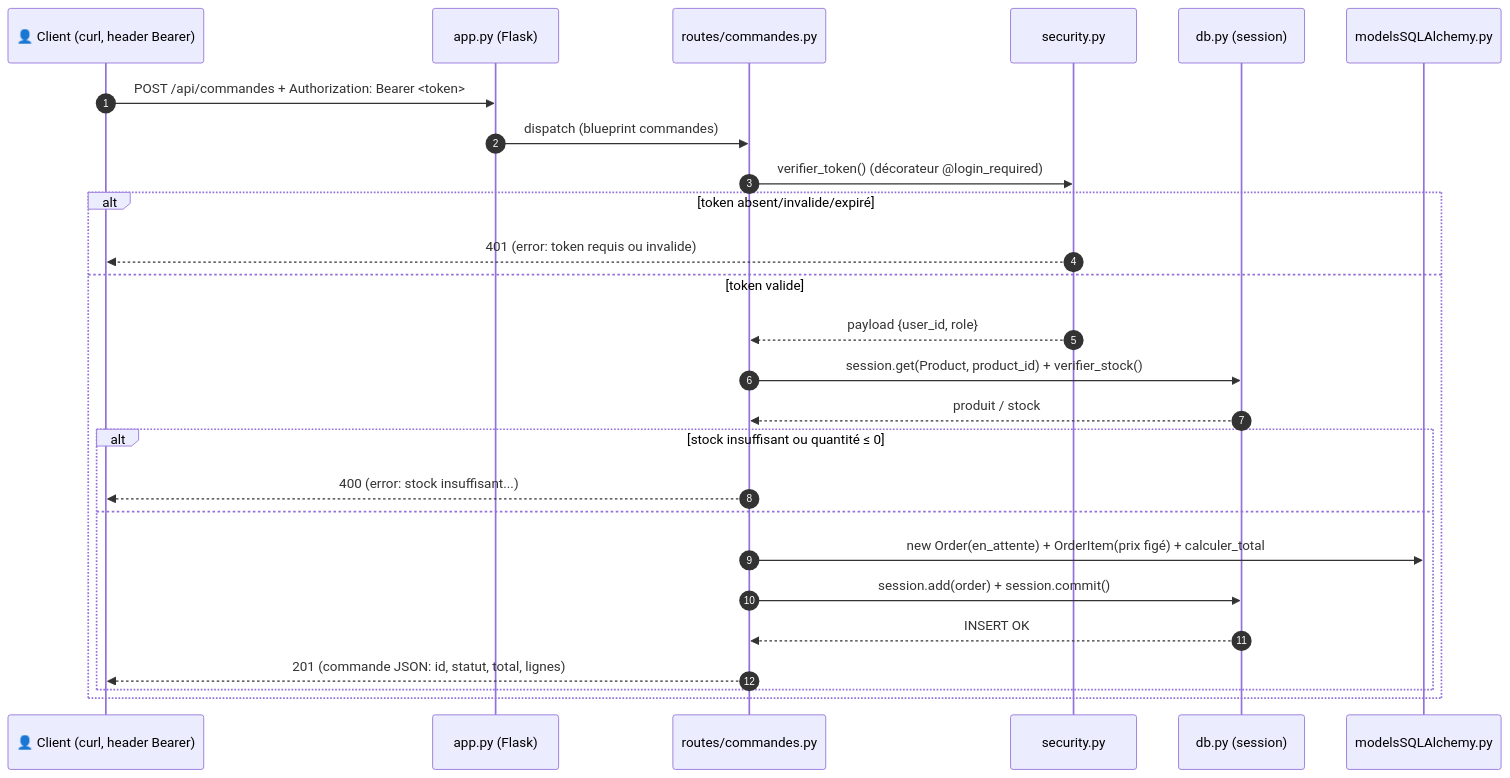
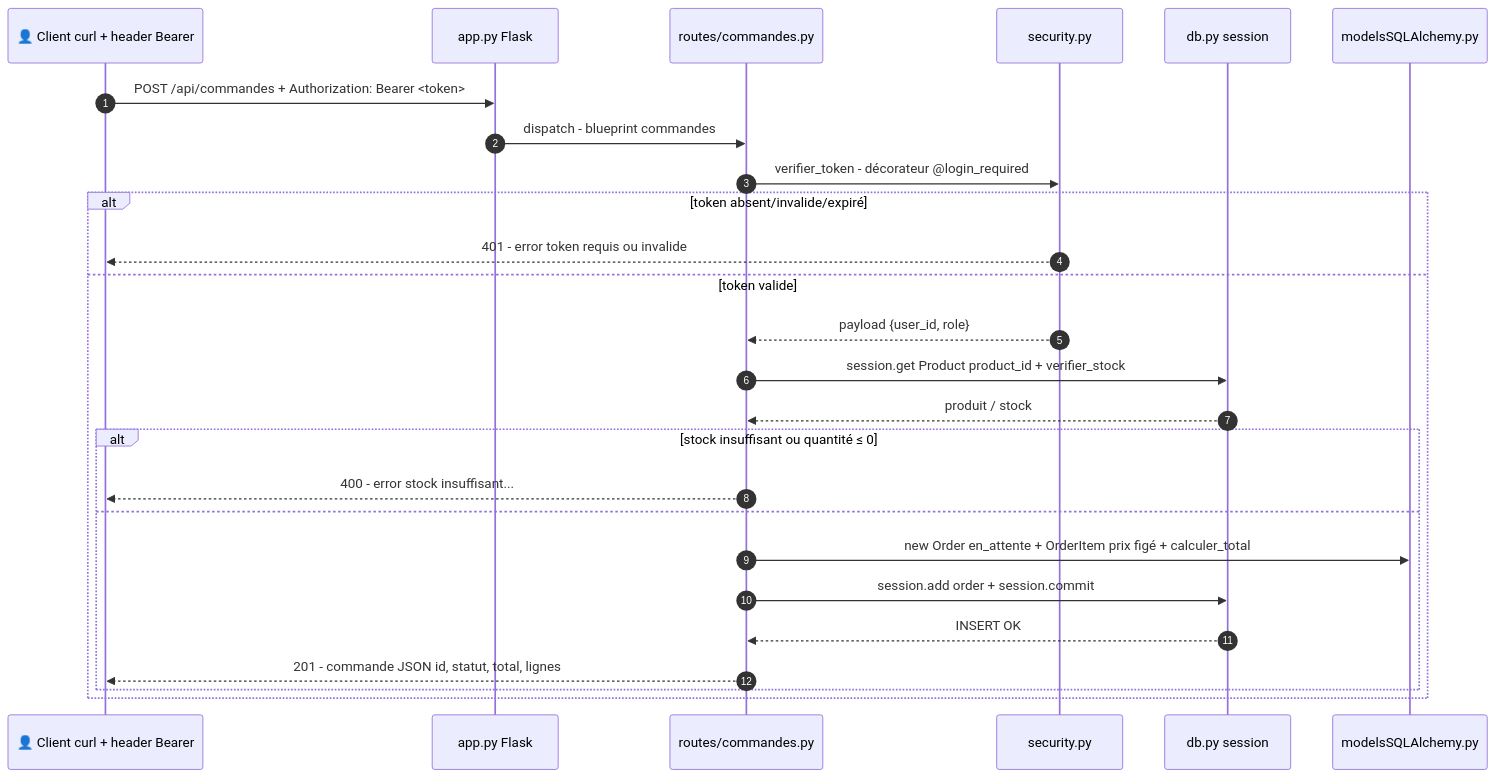
Before and after one commit to ericlacombe/mon-projet-handson-python: the eighth of 8 diagrams in docs/uml-projet.md, drawn with Mermaid. The commit also changed other lines of this file, not shown here.

Commit message:
docs(uml-projet.md) : supprime toutes les parenthèses des étiquettes Mermaid (flowchart/séquence/états) pour un rendu GitHub garanti

````diff
--- a/docs/uml-projet.md
+++ b/docs/uml-projet.md
@@ -304,29 +304,29 @@
 ```mermaid
 %% LÉGENDE : idem 3.1 · la vérification du token a lieu AVANT l'exécution de la route (décorateur @login_required)
 sequenceDiagram
     autonumber
-    participant C as 👤 Client (curl, header Bearer)
-    participant F as app.py (Flask)
+    participant C as 👤 Client curl + header Bearer
+    participant F as app.py Flask
     participant R as routes/commandes.py
     participant S as security.py
-    participant D as db.py (session)
+    participant D as db.py session
     participant M as modelsSQLAlchemy.py
     C->>F: POST /api/commandes + Authorization: Bearer <token>
-    F->>R: dispatch (blueprint commandes)
-    R->>S: verifier_token() (décorateur @login_required)
+    F->>R: dispatch - blueprint commandes
+    R->>S: verifier_token - décorateur @login_required
     alt token absent/invalide/expiré
-        S-->>C: 401 (error: token requis ou invalide)
+        S-->>C: 401 - error token requis ou invalide
     else token valide
         S-->>R: payload {user_id, role}
-        R->>D: session.get(Product, product_id) + verifier_stock()
+        R->>D: session.get Product product_id + verifier_stock
         D-->>R: produit / stock
         alt stock insuffisant ou quantité ≤ 0
-            R-->>C: 400 (error: stock insuffisant...)
+            R-->>C: 400 - error stock insuffisant...
         else
-            R->>M: new Order(en_attente) + OrderItem(prix figé) + calculer_total
-            R->>D: session.add(order) + session.commit()
+            R->>M: new Order en_attente + OrderItem prix figé + calculer_total
+            R->>D: session.add order + session.commit
             D-->>R: INSERT OK
-            R-->>C: 201 (commande JSON: id, statut, total, lignes)
+            R-->>C: 201 - commande JSON id, statut, total, lignes
         end
     end
 ```
````
